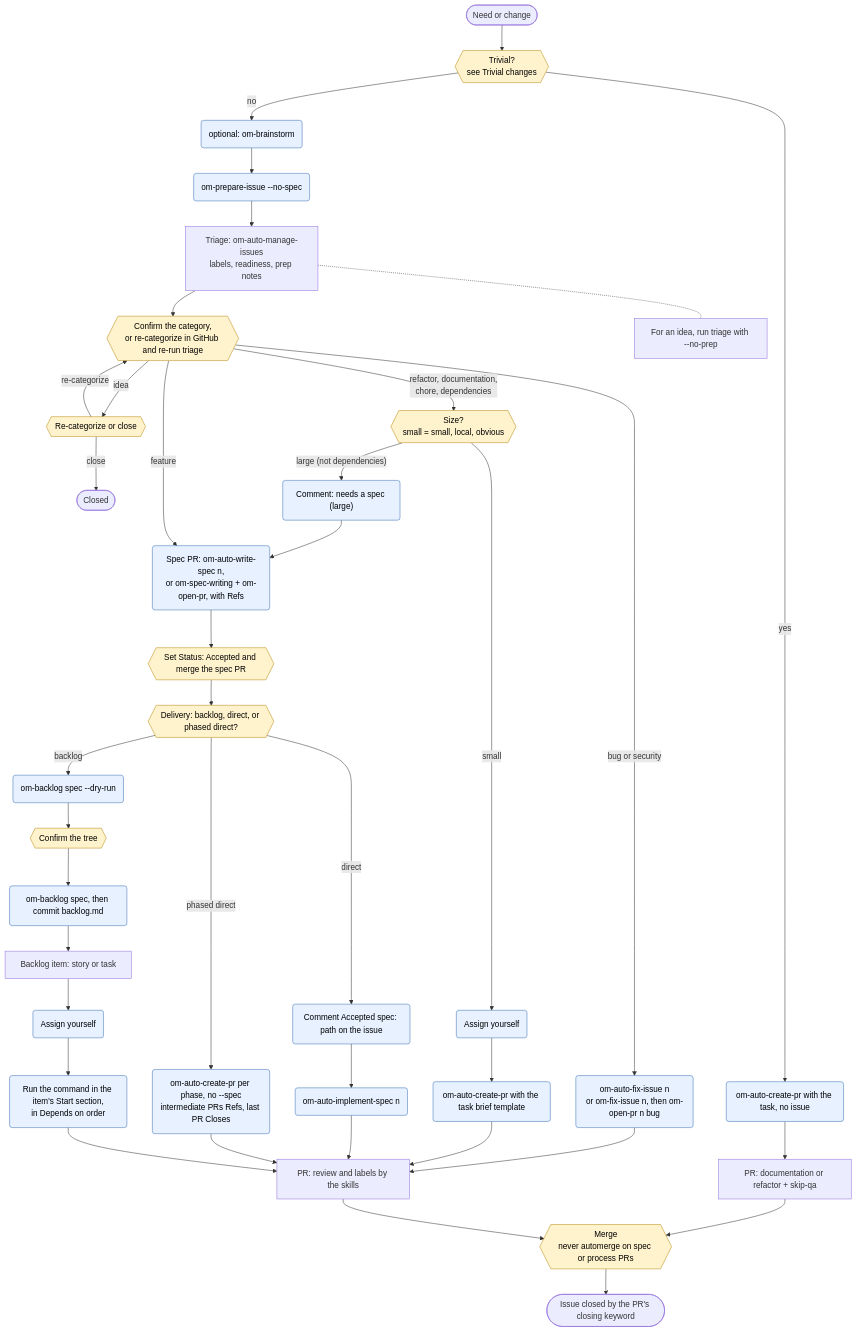
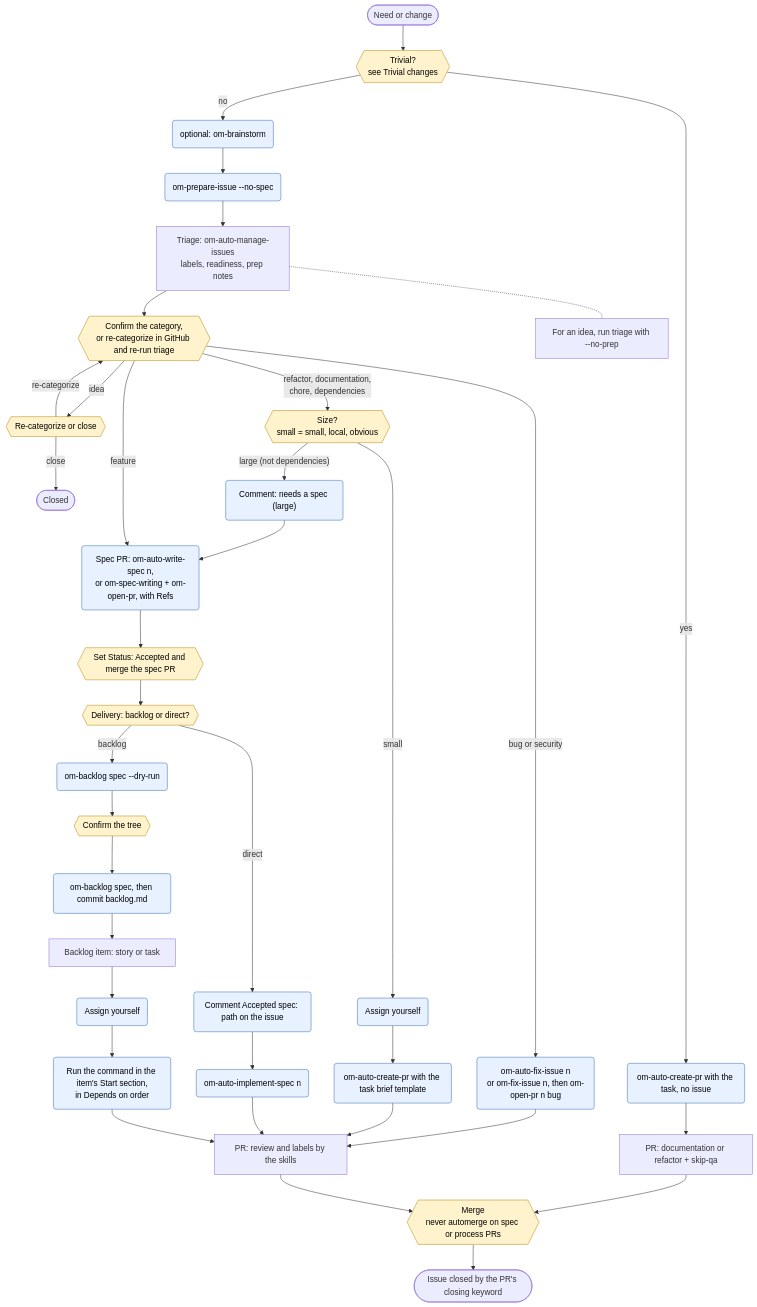
One commit to AZITWB/om-sdlc-sandbox changed the diagram in SDLC-routes.md. Above: the diagram before and after it, drawn with Mermaid. The commit also changed 3 other files, not shown here.

First line of the commit message:
docs(sdlc): remove the phased direct route (D20) (#26)

````diff
--- a/SDLC-routes.md
+++ b/SDLC-routes.md
@@ -12,55 +12,52 @@
 ```mermaid
 flowchart TD
     need([Need or change]) --> trivialQ{{"Trivial?<br/>see Trivial changes"}}
     trivialQ -- yes --> trivialRun("om-auto-create-pr with the task, no issue")
     trivialRun --> trivialPR["PR: documentation or refactor + skip-qa"]
     trivialPR --> merge
 
     trivialQ -- no --> brainstorm("optional: om-brainstorm")
     brainstorm --> intake("om-prepare-issue --no-spec")
     intake --> triage["Triage: om-auto-manage-issues<br/>labels, readiness, prep notes"]
     triage --> confirm{{"Confirm the category,<br/>or re-categorize in GitHub and re-run triage"}}
     triage -.- prepNote["For an idea, run triage with --no-prep"]
 
     confirm -- idea --> ideaQ{{"Re-categorize or close"}}
     ideaQ -- re-categorize --> confirm
     ideaQ -- close --> closed([Closed])
 
     confirm -- "bug or security" --> bugRun("om-auto-fix-issue n<br/>or om-fix-issue n, then om-open-pr n bug")
     bugRun --> pr
 
     confirm -- "refactor, documentation,<br/>chore, dependencies" --> sizeQ{{"Size?<br/>small = small, local, obvious"}}
     sizeQ -- small --> assignTask("Assign yourself")
     assignTask --> taskRun("om-auto-create-pr with the task brief template")
     taskRun --> pr
     sizeQ -- "large (not dependencies)" --> largeNote("Comment: needs a spec (large)")
     largeNote --> specPR
 
     confirm -- feature --> specPR("Spec PR: om-auto-write-spec n,<br/>or om-spec-writing + om-open-pr, with Refs")
     specPR --> accept{{"Set Status: Accepted and merge the spec PR"}}
-    accept --> deliveryQ{{"Delivery: backlog, direct, or phased direct?"}}
+    accept --> deliveryQ{{"Delivery: backlog or direct?"}}
 
     deliveryQ -- backlog --> backlogDry("om-backlog spec --dry-run")
     backlogDry --> backlogOk{{"Confirm the tree"}}
     backlogOk --> backlogRun("om-backlog spec, then commit backlog.md")
     backlogRun --> item
 
     deliveryQ -- direct --> directComment("Comment Accepted spec: path on the issue")
     directComment --> directRun("om-auto-implement-spec n")
     directRun --> pr
-
-    deliveryQ -- "phased direct" --> phaseRun("om-auto-create-pr per phase, no --spec<br/>intermediate PRs Refs, last PR Closes")
-    phaseRun --> pr
 
     item["Backlog item: story or task"] --> assignItem("Assign yourself")
     assignItem --> startRun("Run the command in the item's Start section,<br/>in Depends on order")
     startRun --> pr
 
     pr["PR: review and labels by the skills"] --> merge{{"Merge<br/>never automerge on spec or process PRs"}}
     merge --> done([Issue closed by the PR's closing keyword])
 
     classDef human fill:#fff3cd,stroke:#b8860b,color:#000
     classDef cmd fill:#e7f1ff,stroke:#3b6fb6,color:#000
     class trivialQ,confirm,ideaQ,sizeQ,accept,deliveryQ,backlogOk,merge human
-    class trivialRun,brainstorm,intake,bugRun,assignTask,taskRun,largeNote,specPR,backlogDry,backlogRun,directComment,directRun,phaseRun,assignItem,startRun cmd
+    class trivialRun,brainstorm,intake,bugRun,assignTask,taskRun,largeNote,specPR,backlogDry,backlogRun,directComment,directRun,assignItem,startRun cmd
 ```
````
